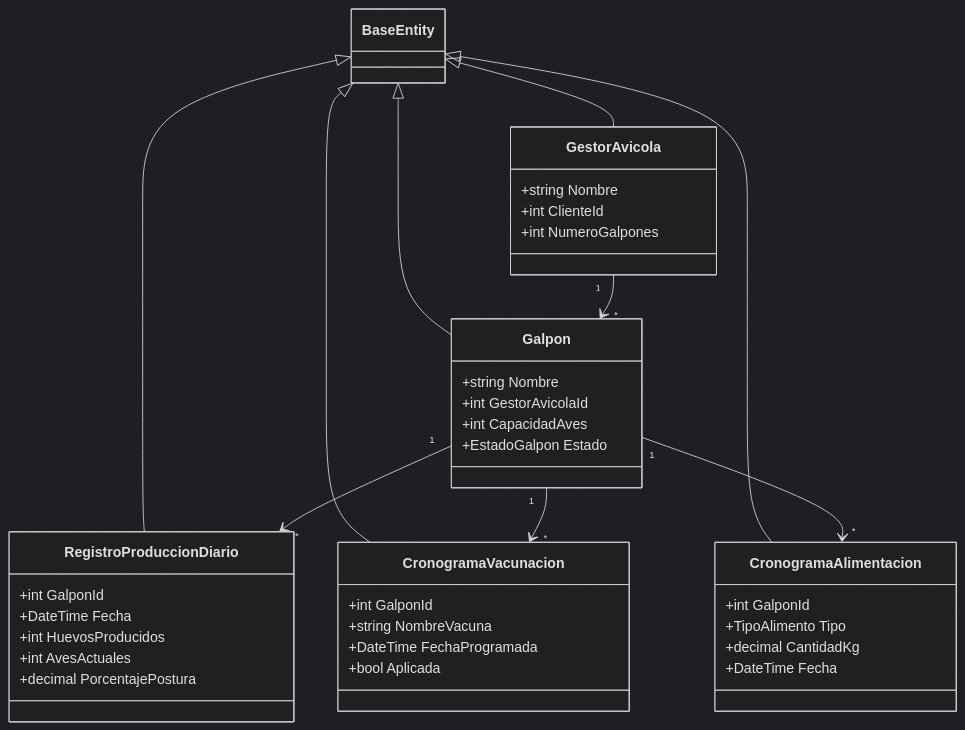
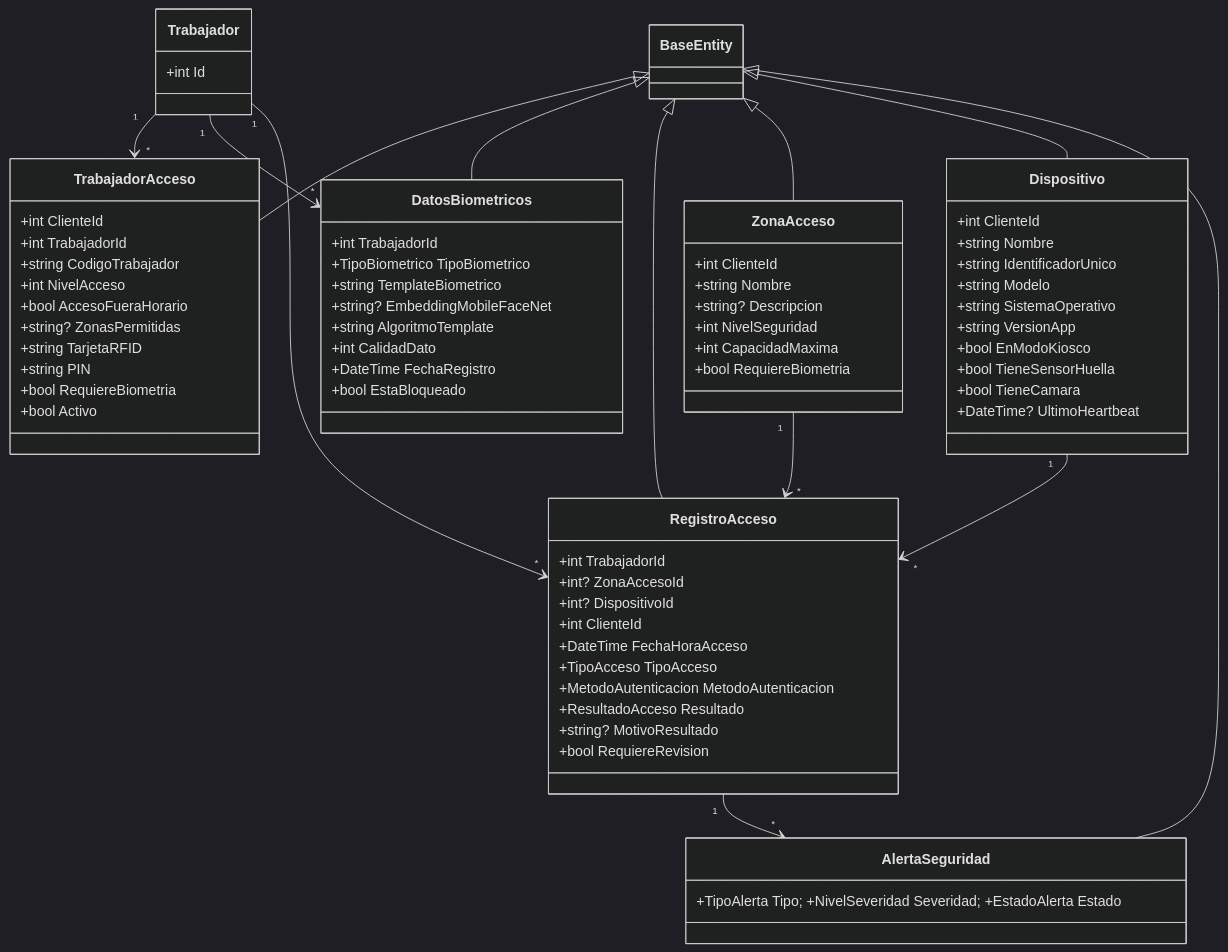
Before and after one commit to luicahleo/DocumentacionProyectos: the fourth of 4 diagrams in ICARUS/diagramas/clases.md, drawn with Mermaid (dark theme). The commit also changed other lines of this file and 52 other files, not shown here.

````diff
--- a/ICARUS/diagramas/clases.md
+++ b/ICARUS/diagramas/clases.md
@@ -121,48 +227,74 @@
 ```mermaid
 classDiagram
-    class GestorAvicola {
+    class TrabajadorAcceso {
+        +int ClienteId
+        +int TrabajadorId
+        +string CodigoTrabajador
+        +int NivelAcceso
+        +bool AccesoFueraHorario
+        +string? ZonasPermitidas
+        +string TarjetaRFID
+        +string PIN
+        +bool RequiereBiometria
+        +bool Activo
+    }
+    class DatosBiometricos {
+        +int TrabajadorId
+        +TipoBiometrico TipoBiometrico
+        +string TemplateBiometrico
+        +string? EmbeddingMobileFaceNet
+        +string AlgoritmoTemplate
+        +int CalidadDato
+        +DateTime FechaRegistro
+        +bool EstaBloqueado
+    }
+    class RegistroAcceso {
+        +int TrabajadorId
+        +int? ZonaAccesoId
+        +int? DispositivoId
+        +int ClienteId
+        +DateTime FechaHoraAcceso
+        +TipoAcceso TipoAcceso
+        +MetodoAutenticacion MetodoAutenticacion
+        +ResultadoAcceso Resultado
+        +string? MotivoResultado
+        +bool RequiereRevision
+    }
+    class ZonaAcceso {
+        +int ClienteId
         +string Nombre
+        +string? Descripcion
+        +int NivelSeguridad
+        +int CapacidadMaxima
+        +bool RequiereBiometria
+    }
+    class Dispositivo {
         +int ClienteId
-        +int NumeroGalpones
+        +string Nombre
+        +string IdentificadorUnico
+        +string Modelo
+        +string SistemaOperativo
+        +string VersionApp
+        +bool EnModoKiosco
+        +bool TieneSensorHuella
+        +bool TieneCamara
+        +DateTime? UltimoHeartbeat
     }
-    
-    class Galpon {
-        +string Nombre
-        +int GestorAvicolaId
-        +int CapacidadAves
-        +EstadoGalpon Estado
-    }
-    
-    class RegistroProduccionDiario {
-        +int GalponId
-        +DateTime Fecha
-        +int HuevosProducidos
-        +int AvesActuales
-        +decimal PorcentajePostura
-    }
-    
-    class CronogramaVacunacion {
-        +int GalponId
-        +string NombreVacuna
-        +DateTime FechaProgramada
-        +bool Aplicada
-    }
-    
-    class CronogramaAlimentacion {
-        +int GalponId
-        +TipoAlimento Tipo
-        +decimal CantidadKg
-        +DateTime Fecha
-    }
-    
-    BaseEntity <|-- GestorAvicola
-    BaseEntity <|-- Galpon
-    BaseEntity <|-- RegistroProduccionDiario
-    BaseEntity <|-- CronogramaVacunacion
-    BaseEntity <|-- CronogramaAlimentacion
-    
-    GestorAvicola "1" --> "*" Galpon
-    Galpon "1" --> "*" RegistroProduccionDiario
-    Galpon "1" --> "*" CronogramaVacunacion
-    Galpon "1" --> "*" CronogramaAlimentacion
+    class AlertaSeguridad { +TipoAlerta Tipo; +NivelSeveridad Severidad; +EstadoAlerta Estado }
+
+    class Trabajador { +int Id }
+
+    BaseEntity <|-- TrabajadorAcceso
+    BaseEntity <|-- DatosBiometricos
+    BaseEntity <|-- RegistroAcceso
+    BaseEntity <|-- ZonaAcceso
+    BaseEntity <|-- Dispositivo
+    BaseEntity <|-- AlertaSeguridad
+
+    Trabajador "1" --> "*" TrabajadorAcceso
+    Trabajador "1" --> "*" DatosBiometricos
+    Trabajador "1" --> "*" RegistroAcceso
+    ZonaAcceso "1" --> "*" RegistroAcceso
+    Dispositivo "1" --> "*" RegistroAcceso
+    RegistroAcceso "1" --> "*" AlertaSeguridad
 ```
````
